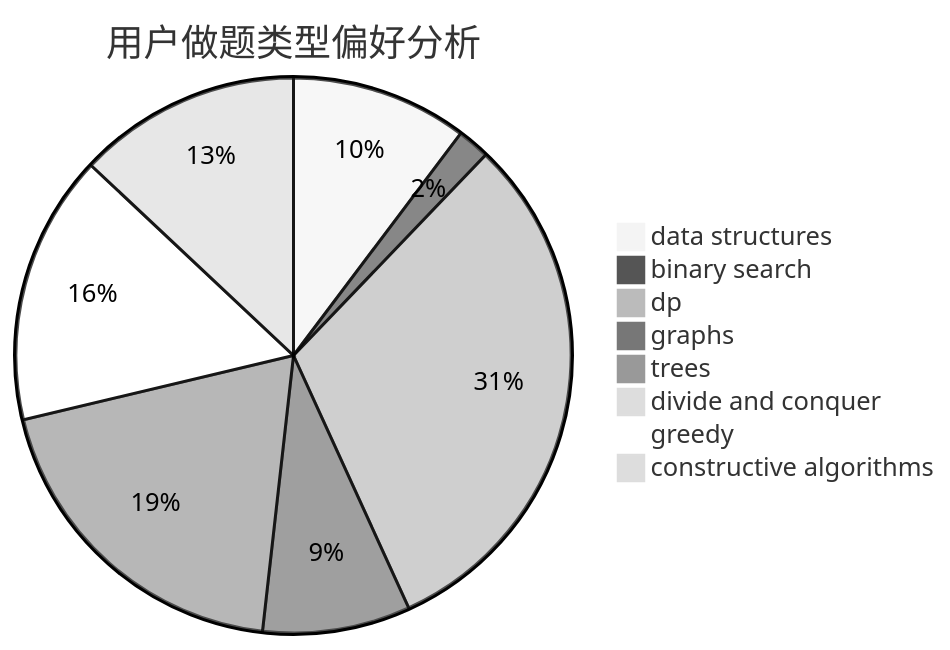
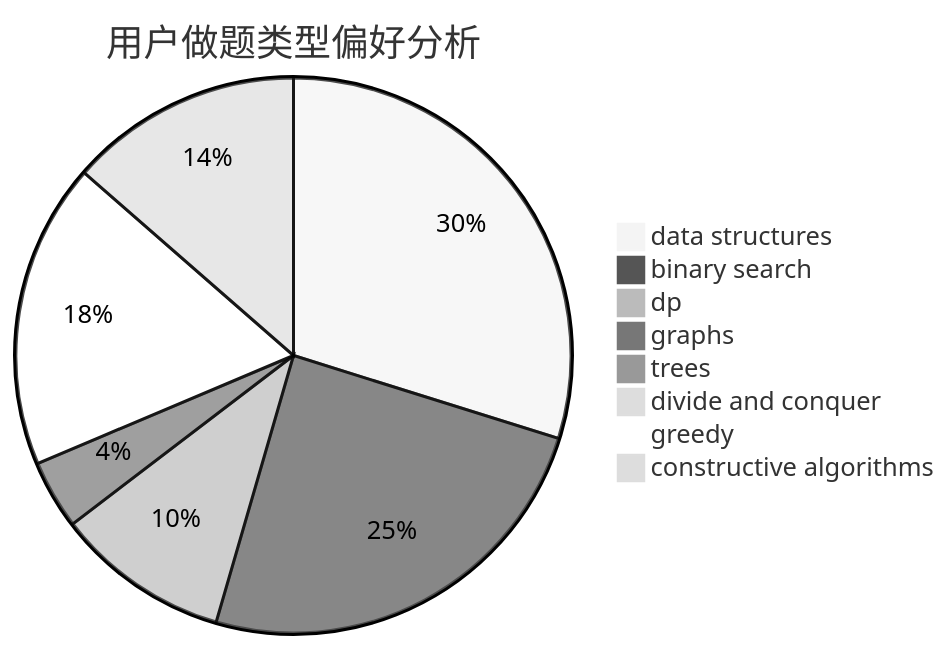
Before and after one commit to sherpahu/cfrs.github.io: the second of 3 diagrams in docs/user/u2518.md, drawn with Mermaid (neutral theme). The commit also changed other lines of this file and 2770 other files, not shown here.

````diff
--- a/docs/user/u2518.md
+++ b/docs/user/u2518.md
@@ -23,11 +23,11 @@
 ```mermaid
 pie title 用户做题类型偏好分析
-    "data structures" :  49
-    "binary search" :  9
-    "dp" :  148
-    "graphs" :  41
-    "trees" :  93
+    "data structures" :  156
+    "binary search" :  129
+    "dp" :  53
+    "graphs" :  21
+    "trees" :  2
     "divide and conquer" :  0
-    "greedy" :  75
-    "constructive algorithms" :  62
+    "greedy" :  93
+    "constructive algorithms" :  71
 ```
````
